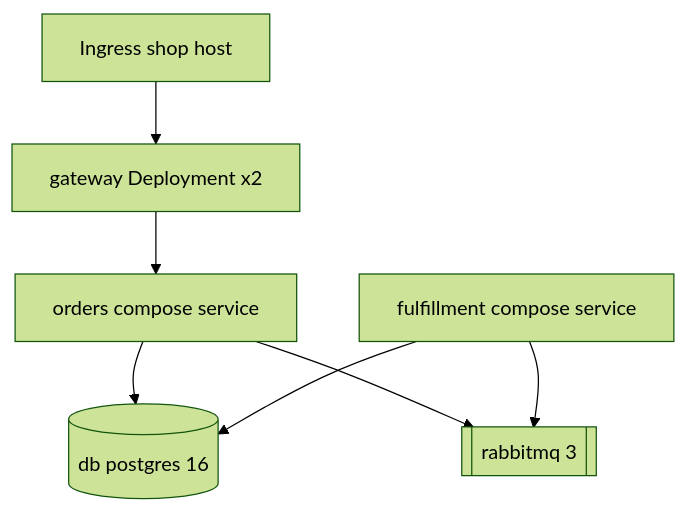
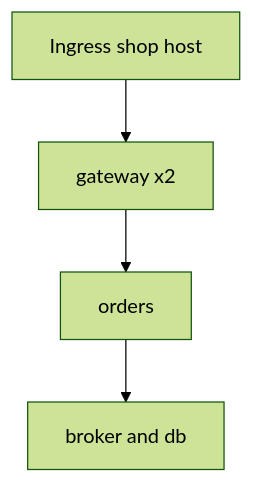
Before and after one commit to RndU53r/Code-Knowledge-Builder: the second of 2 diagrams in examples/sample-output/system/hld.md, drawn with Mermaid (forest theme). The commit also changed other lines of this file and 134 other files, not shown here.

````diff
--- a/examples/sample-output/system/hld.md
+++ b/examples/sample-output/system/hld.md
@@ -56,9 +54,6 @@
 ```mermaid
 flowchart TB
-  IN["Ingress shop host"] --> GWD["gateway Deployment x2"]
-  GWD --> ORC["orders compose service"]
-  ORC --> DBC[("db postgres 16")]
-  ORC --> MQC[["rabbitmq 3"]]
-  FUC["fulfillment compose service"] --> DBC
-  FUC --> MQC
+  I["Ingress shop host"] --> G["gateway x2"]
+  G --> O["orders"]
+  O --> B["broker and db"]
 ```
````
